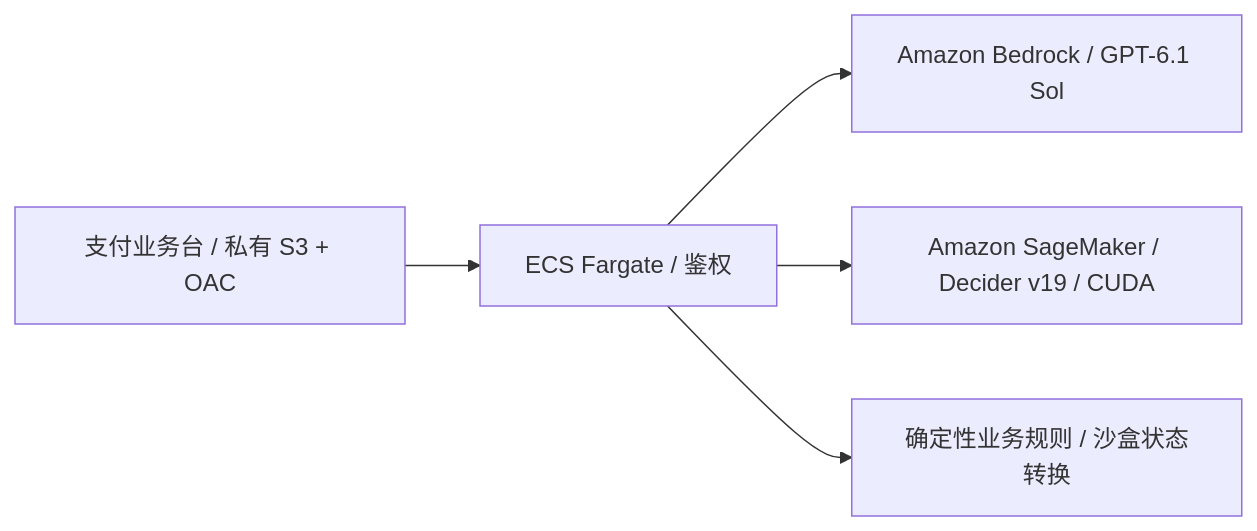
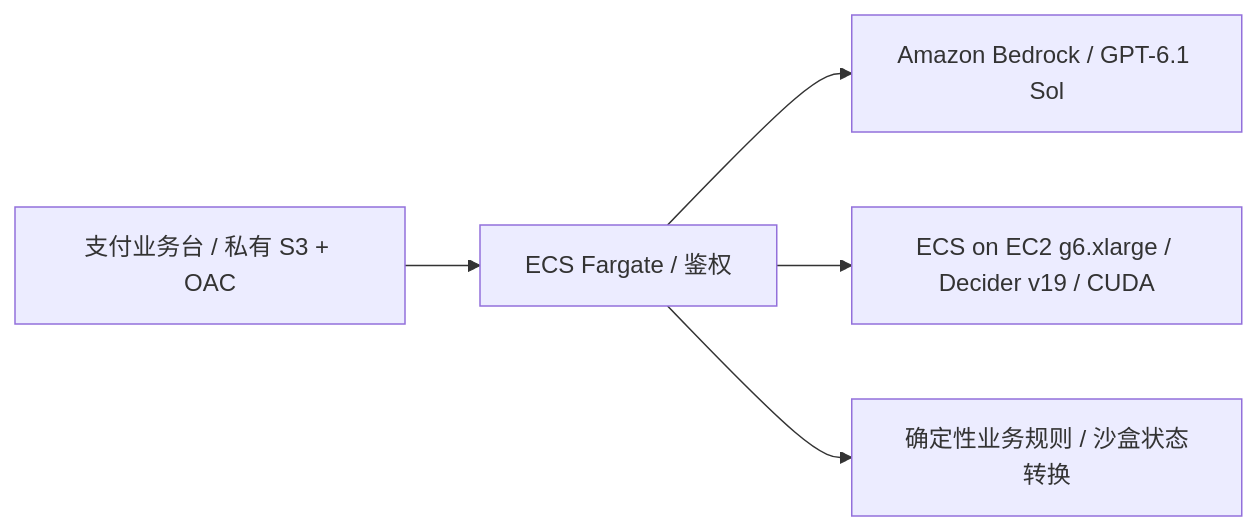
One commit to milan9527/StrandsDecider changed the diagram in deployment/CRYPTO.md. Above: the diagram before and after it, drawn with Mermaid. The commit also changed other lines of this file and 86 other files, not shown here.

````diff
--- a/deployment/CRYPTO.md
+++ b/deployment/CRYPTO.md
@@ -106,7 +112,7 @@
 ```mermaid
 flowchart LR
     UI[支付业务台 / 私有 S3 + OAC] --> API[ECS Fargate / 鉴权]
     API --> GPT[Amazon Bedrock / GPT-6.1 Sol]
-    API --> Decider[Amazon SageMaker / Decider v19 / CUDA]
+    API --> Decider[ECS on EC2 g6.xlarge / Decider v19 / CUDA]
     API --> Policy[确定性业务规则 / 沙盒状态转换]
 ```
````
